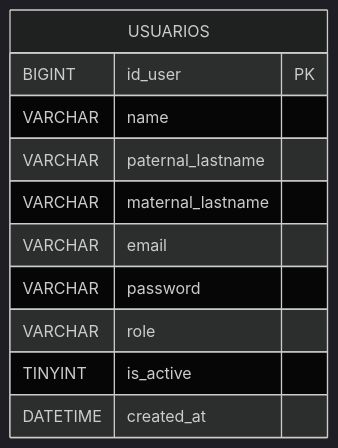
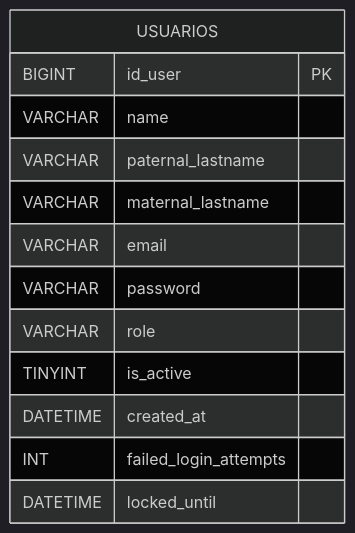
The diagram in README.md (Dan-Bernardino/user-service), drawn with Mermaid (dark theme) before and after one commit. The commit also changed other lines of this file, not shown here.

````diff
--- a/README.md
+++ b/README.md
@@ -47,15 +49,17 @@
 ```mermaid
 erDiagram
 
     USUARIOS {
         BIGINT id_user PK
         VARCHAR name
         VARCHAR paternal_lastname
         VARCHAR maternal_lastname
         VARCHAR email
         VARCHAR password
         VARCHAR role
         TINYINT is_active
         DATETIME created_at
+        INT failed_login_attempts
+        DATETIME locked_until
     }
 ```
````
